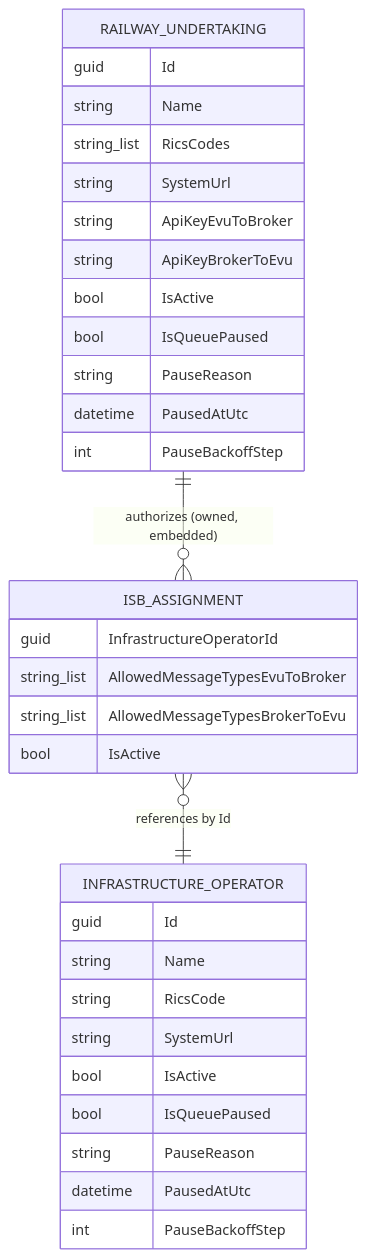
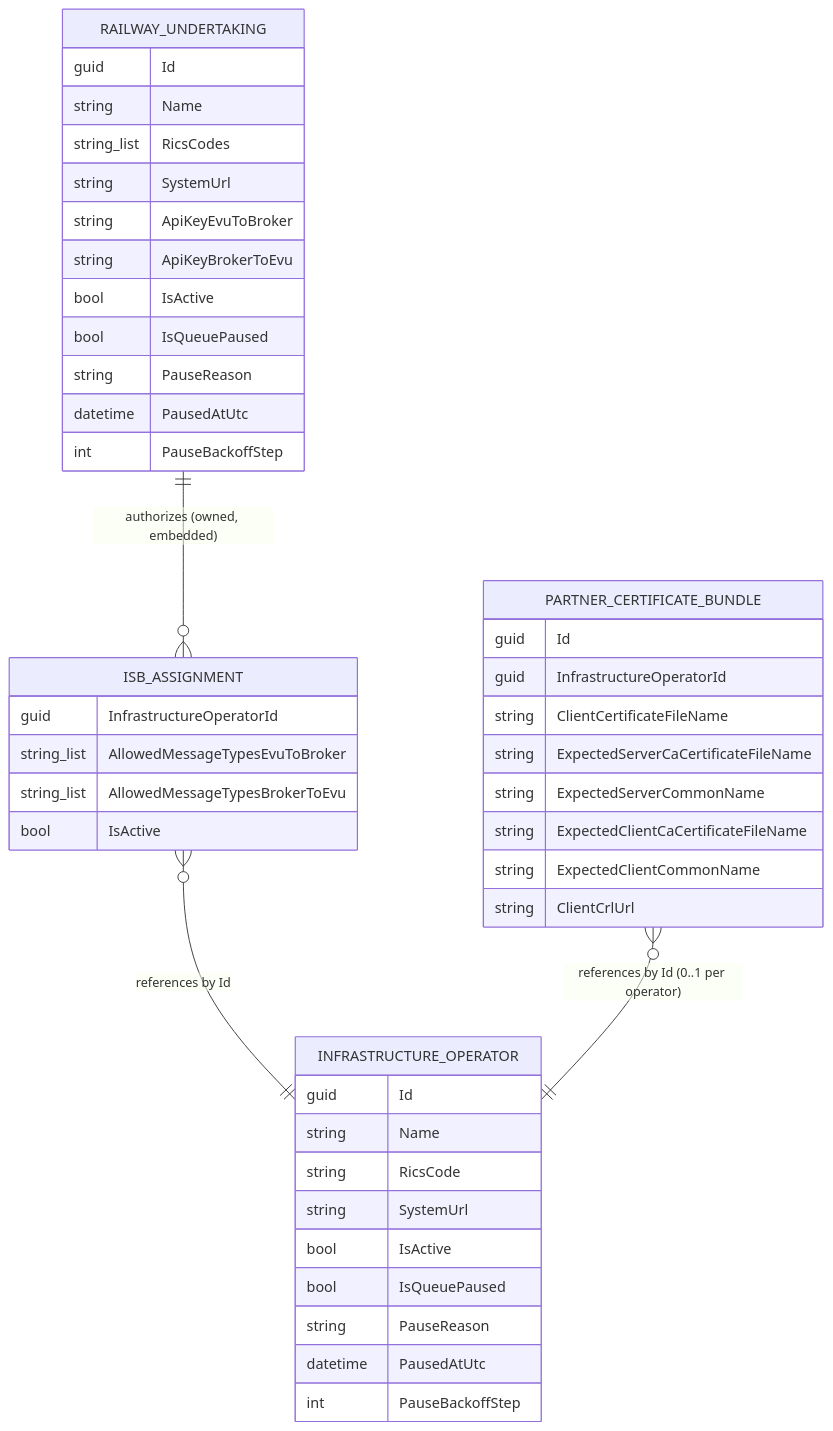
One commit to AmIHang/TsiBroker-V2 changed the diagram in wiki/Data-Model.md. Above: the diagram before and after it, drawn with Mermaid. The commit also changed other lines of this file and 16 other files, not shown here.

Commit message:
feat: add certificate management for infrastructure operators

````diff
--- a/wiki/Data-Model.md
+++ b/wiki/Data-Model.md
@@ -5,38 +5,51 @@
 ```mermaid
 erDiagram
     RAILWAY_UNDERTAKING ||--o{ ISB_ASSIGNMENT : "authorizes (owned, embedded)"
     ISB_ASSIGNMENT }o--|| INFRASTRUCTURE_OPERATOR : "references by Id"
 
     RAILWAY_UNDERTAKING {
         guid Id
         string Name
         string_list RicsCodes
         string SystemUrl
         string ApiKeyEvuToBroker
         string ApiKeyBrokerToEvu
         bool IsActive
         bool IsQueuePaused
         string PauseReason
         datetime PausedAtUtc
         int PauseBackoffStep
     }
 
     ISB_ASSIGNMENT {
         guid InfrastructureOperatorId
         string_list AllowedMessageTypesEvuToBroker
         string_list AllowedMessageTypesBrokerToEvu
         bool IsActive
     }
 
     INFRASTRUCTURE_OPERATOR {
         guid Id
         string Name
         string RicsCode
         string SystemUrl
         bool IsActive
         bool IsQueuePaused
         string PauseReason
         datetime PausedAtUtc
         int PauseBackoffStep
     }
+
+    PARTNER_CERTIFICATE_BUNDLE }o--|| INFRASTRUCTURE_OPERATOR : "references by Id (0..1 per operator)"
+
+    PARTNER_CERTIFICATE_BUNDLE {
+        guid Id
+        guid InfrastructureOperatorId
+        string ClientCertificateFileName
+        string ExpectedServerCaCertificateFileName
+        string ExpectedServerCommonName
+        string ExpectedClientCaCertificateFileName
+        string ExpectedClientCommonName
+        string ClientCrlUrl
+    }
 ```
````
